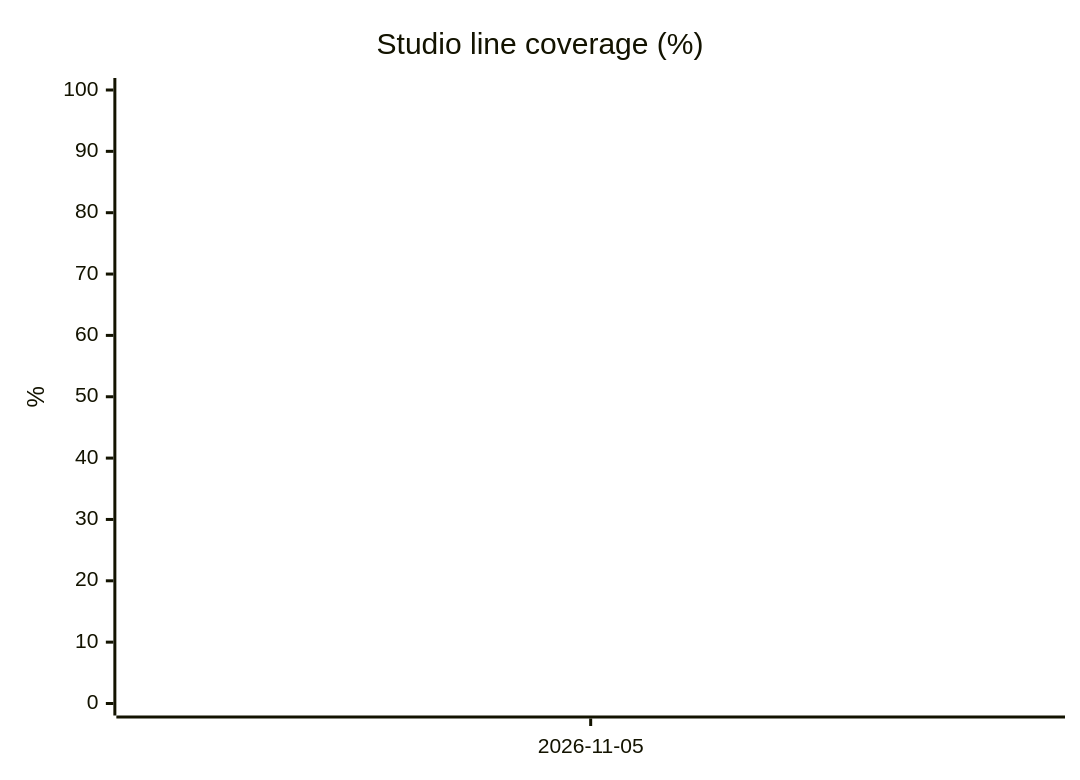
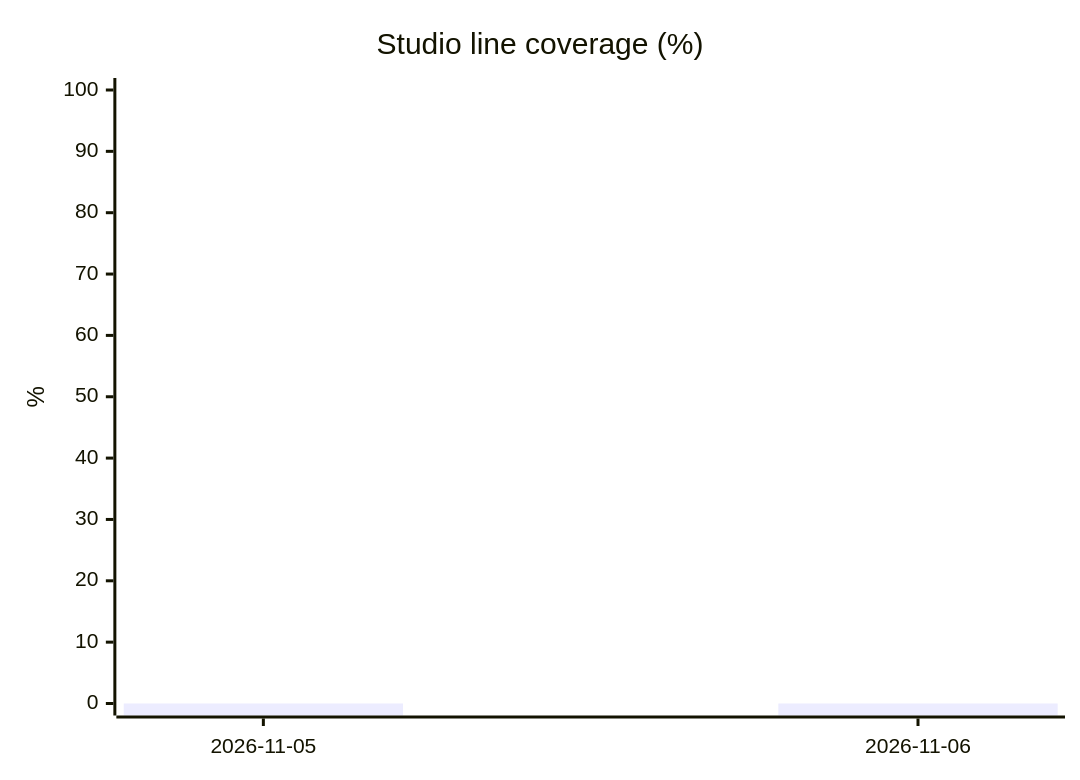
One commit to SCIInstitute/ShapeWorks changed the second of 3 diagrams in README.md. Above: the diagram before and after it, drawn with Mermaid. The commit also changed other lines of this file and 1 other file, not shown here.

````diff
--- a/README.md
+++ b/README.md
@@ -23,7 +23,7 @@
 ```mermaid
 xychart-beta
     title "Studio line coverage (%)"
-    x-axis ["2026-11-05"]
+    x-axis ["2026-11-05", "2026-11-06"]
     y-axis "%" 0 --> 100
-    line [0.0]
+    bar [0.0, 0.0]
 ```
````
